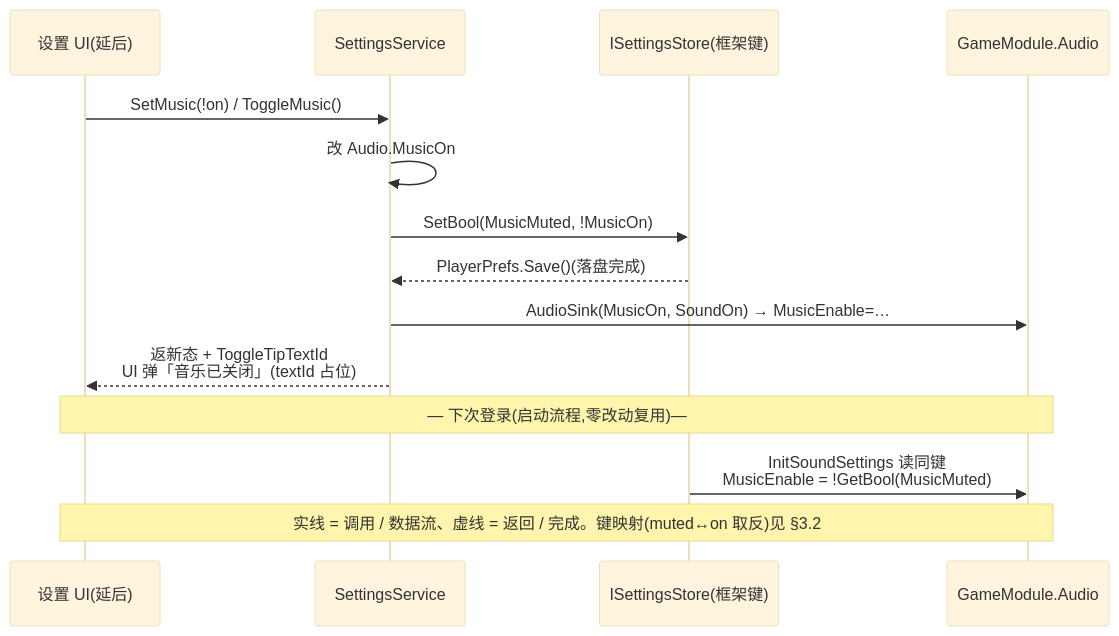
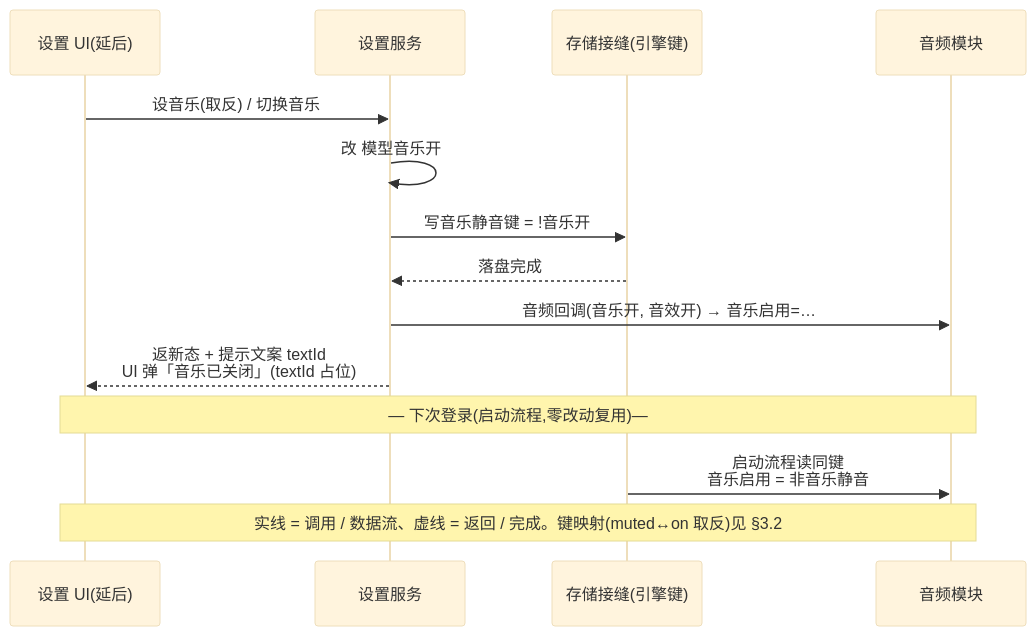
One commit to zhoupeng921101/TEngine_zp changed the second of 2 diagrams in UnityProject/design-docs/19-settings-system.md. Above: the diagram before and after it, drawn with Mermaid (base theme). The commit also changed other lines of this file and 20 other files, not shown here.

````diff
--- a/UnityProject/design-docs/19-settings-system.md
+++ b/UnityProject/design-docs/19-settings-system.md
@@ -286,16 +188,16 @@
 ```mermaid
 sequenceDiagram
     participant U as 设置 UI(延后)
-    participant S as SettingsService
-    participant T as ISettingsStore(框架键)
-    participant A as GameModule.Audio
-    U->>S: SetMusic(!on) / ToggleMusic()
-    S->>S: 改 Audio.MusicOn
-    S->>T: SetBool(MusicMuted, !MusicOn)
-    T-->>S: PlayerPrefs.Save()(落盘完成)
-    S->>A: AudioSink(MusicOn, SoundOn) → MusicEnable=…
-    S-->>U: 返新态 + ToggleTipTextId<br/>UI 弹「音乐已关闭」(textId 占位)
+    participant S as 设置服务
+    participant T as 存储接缝(引擎键)
+    participant A as 音频模块
+    U->>S: 设音乐(取反) / 切换音乐
+    S->>S: 改 模型音乐开
+    S->>T: 写音乐静音键 = !音乐开
+    T-->>S: 落盘完成
+    S->>A: 音频回调(音乐开, 音效开) → 音乐启用=…
+    S-->>U: 返新态 + 提示文案 textId<br/>UI 弹「音乐已关闭」(textId 占位)
     Note over U,A: — 下次登录(启动流程,零改动复用)—
-    T->>A: InitSoundSettings 读同键<br/>MusicEnable = !GetBool(MusicMuted)
+    T->>A: 启动流程读同键<br/>音乐启用 = 非音乐静音
     Note over U,A: 实线 = 调用 / 数据流、虚线 = 返回 / 完成。键映射(muted↔on 取反)见 §3.2
 ```
````
